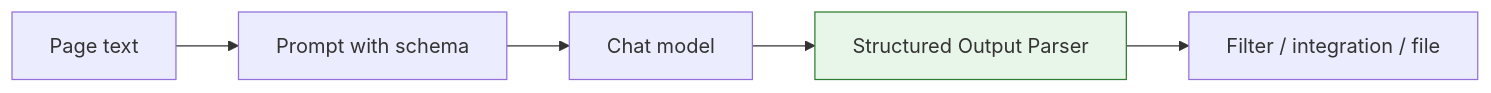
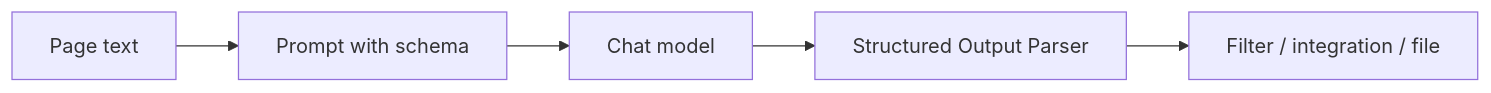
One commit to agentic-com/Agentic-Flow-Doc changed the diagram in src/content/docs/concepts/ai/prompting-and-outputs.mdx. Above: the diagram before and after it, drawn with Mermaid. The commit also changed other lines of this file and 36 other files, not shown here.

````diff
--- a/src/content/docs/concepts/ai/prompting-and-outputs.mdx
+++ b/src/content/docs/concepts/ai/prompting-and-outputs.mdx
@@ -42,9 +35,9 @@
 ```mermaid
 flowchart LR
   Text["Page text"] --> Prompt["Prompt with schema"]
   Prompt --> Model["Chat model"]
   Model --> Parser["Structured Output Parser"]
   Parser --> Next["Filter / integration / file"]
 
-  style Parser fill:#e8f5e9,stroke:#2e7d32
+  class Parser awf-data
 ```
````
